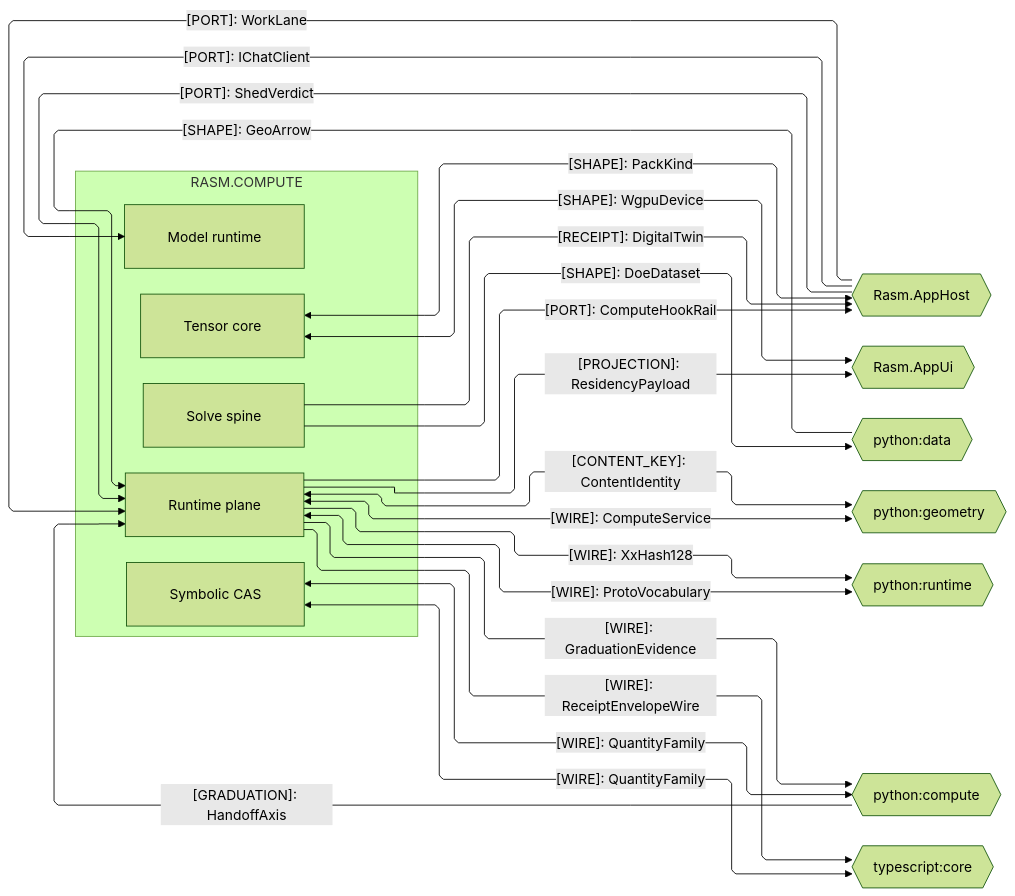
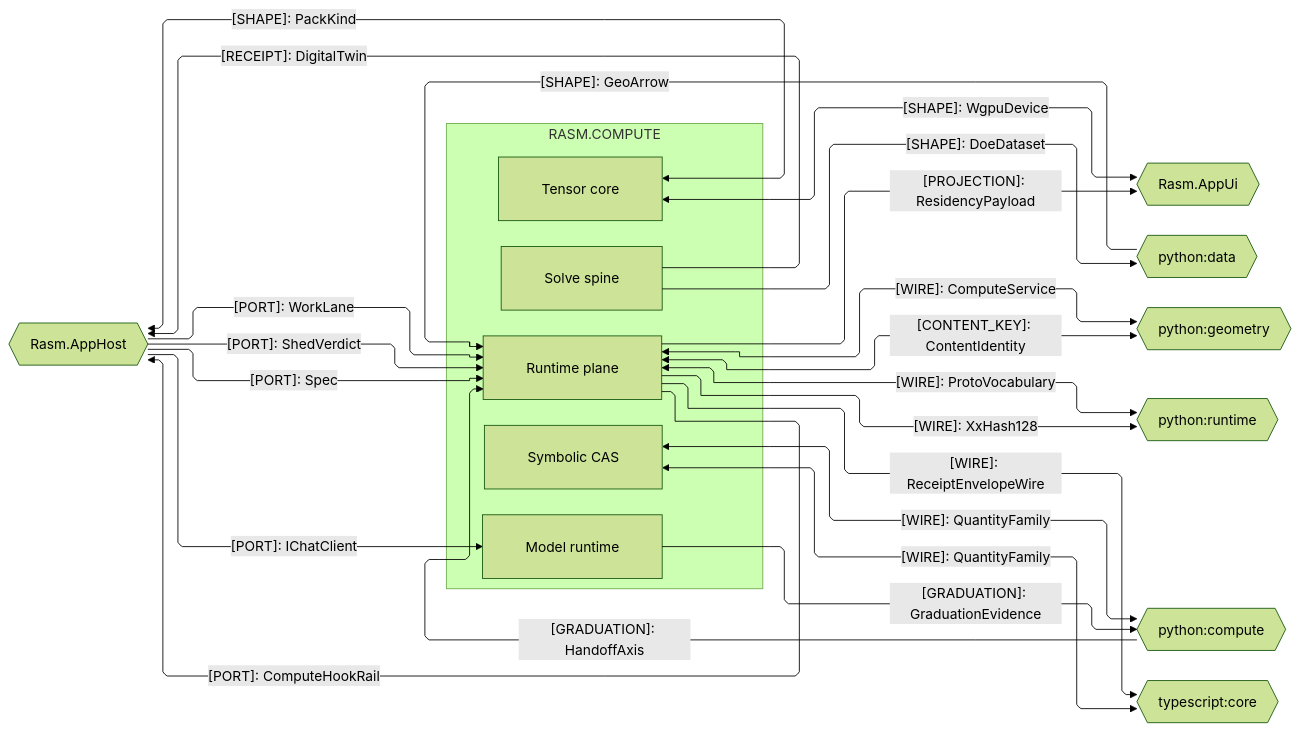
The third of 4 diagrams in libs/csharp/Rasm.Compute/ARCHITECTURE.md (bsamiee/Rasm), drawn with Mermaid (forest theme) before and after one commit. The commit also changed other lines of this file and 747 other files, not shown here.

````diff
--- a/libs/csharp/Rasm.Compute/ARCHITECTURE.md
+++ b/libs/csharp/Rasm.Compute/ARCHITECTURE.md
@@ -198,45 +203,46 @@
 ```mermaid
 ---
 config:
   layout: elk
   flowchart:
     curve: linear
     padding: 25
 ---
 flowchart LR
     accTitle: Compute platform and cross-runtime seams
     accDescr: Compute owners exchanging port, receipt, projection, wire, content-key, and graduation contracts with platform and cross-runtime peers.
     subgraph compute[RASM.COMPUTE]
         Model[Model runtime]
         Tensor[Tensor core]
         Solver[Solve spine]
         Runtime[Runtime plane]
         Symbolic[Symbolic CAS]
     end
     AppHost{{Rasm.AppHost}}
     AppUi{{Rasm.AppUi}}
     Data{{python:data}}
     Geometry{{python:geometry}}
     PyRuntime{{python:runtime}}
     Compute{{python:compute}}
     Core{{typescript:core}}
     AppHost e1@-->|"[PORT]: WorkLane"| Runtime
     AppHost e2@-->|"[PORT]: IChatClient"| Model
     AppHost e17@-->|"[PORT]: ShedVerdict"| Runtime
+    AppHost e21@-->|"[PORT]: Spec"| Runtime
     Solver e3@-->|"[RECEIPT]: DigitalTwin"| AppHost
     Tensor e4@<-->|"[SHAPE]: PackKind"| AppHost
     Runtime e15@-->|"[PORT]: ComputeHookRail"| AppHost
     Runtime e5@-->|"[PROJECTION]: ResidencyPayload"| AppUi
     Tensor e6@<-->|"[SHAPE]: WgpuDevice"| AppUi
     Runtime e8@<-->|"[WIRE]: ComputeService"| Geometry
     Runtime e18@<-->|"[CONTENT_KEY]: ContentIdentity"| Geometry
     Runtime e9@<-->|"[WIRE]: ProtoVocabulary"| PyRuntime
     Runtime e19@-->|"[WIRE]: XxHash128"| PyRuntime
     Compute e10@-->|"[GRADUATION]: HandoffAxis"| Runtime
-    Runtime e11@-->|"[WIRE]: GraduationEvidence"| Compute
+    Model e11@-->|"[GRADUATION]: GraduationEvidence"| Compute
     Symbolic e12@<-->|"[WIRE]: QuantityFamily"| Compute
     Solver e13@-->|"[SHAPE]: DoeDataset"| Data
     Data e20@-->|"[SHAPE]: GeoArrow"| Runtime
     Runtime e14@-->|"[WIRE]: ReceiptEnvelopeWire"| Core
     Symbolic e16@<-->|"[WIRE]: QuantityFamily"| Core
 ```
````
